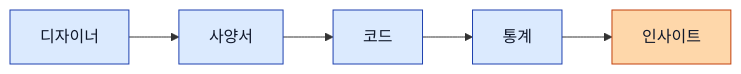
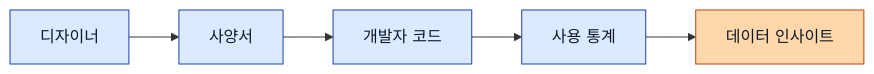
The first of 8 diagrams in content/diary/c/1.md (linisia/eric-company), drawn with Mermaid before and after one commit. The commit also changed other lines of this file and 1 other file, not shown here.

First line of the commit message:
fix(mermaid): unset global text fill override + diary(c)/1 본문 재구성

````diff
--- a/content/diary/c/1.md
+++ b/content/diary/c/1.md
@@ -31,12 +41,12 @@
 ```mermaid
 flowchart LR
     A[디자이너] --> B[사양서]
-    B --> C[코드]
-    C --> D[통계]
-    D --> E[인사이트]
+    B --> C[개발자 코드]
+    C --> D[사용 통계]
+    D --> E[데이터 인사이트]
     style A fill:#dbeafe,stroke:#1e40af,color:#0f172a
     style B fill:#dbeafe,stroke:#1e40af,color:#0f172a
     style C fill:#dbeafe,stroke:#1e40af,color:#0f172a
     style D fill:#dbeafe,stroke:#1e40af,color:#0f172a
     style E fill:#fed7aa,stroke:#c2410c,color:#0f172a
 ```
````
